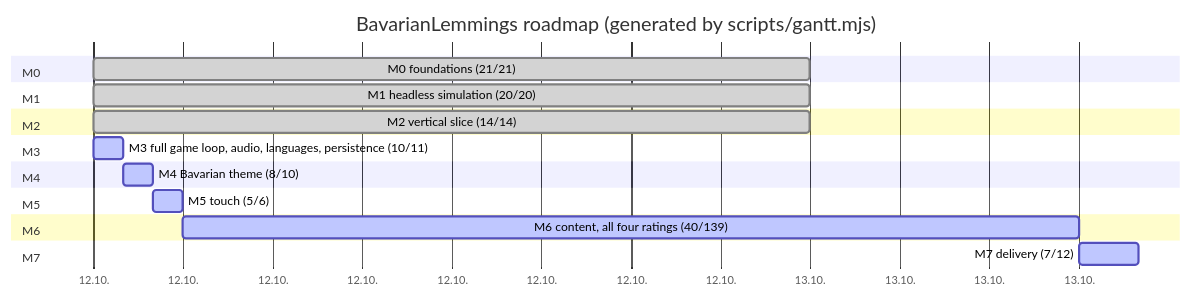
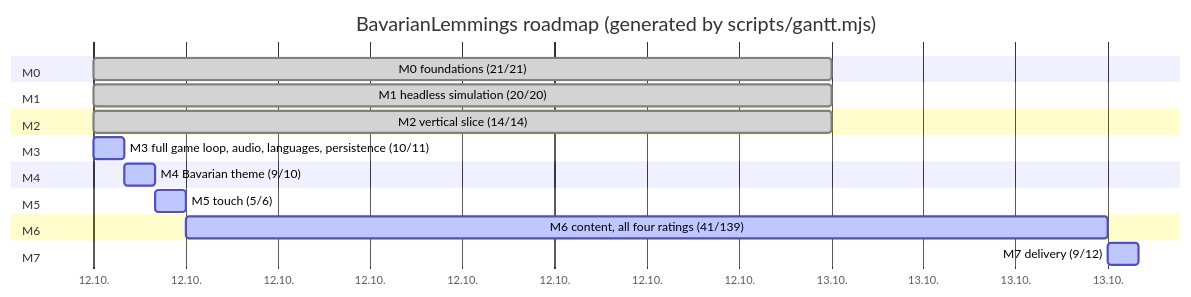
One commit to marcelpetrick/BavarianLemmings changed the diagram in plan.md. Above: the diagram before and after it, drawn with Mermaid. The commit also changed other lines of this file and 16 other files, not shown here.

````diff
--- a/plan.md
+++ b/plan.md
@@ -43,22 +43,22 @@
 ```mermaid
 gantt
     title BavarianLemmings roadmap (generated by scripts/gantt.mjs)
     dateFormat  YYYY-MM-DD
     axisFormat  %d.%m.
     section M0
     M0 foundations (21/21) :done, m0, 2026-10-12, 1d
     section M1
     M1 headless simulation (20/20) :done, m1, 2026-10-12, 1d
     section M2
     M2 vertical slice (14/14) :done, m2, 2026-10-12, 1d
     section M3
     M3 full game loop, audio, languages, persistence (10/11) :active, m3, 2026-10-12, 1h
     section M4
-    M4 Bavarian theme (8/10) :active, m4, after m3, 1h
+    M4 Bavarian theme (9/10) :active, m4, after m3, 1h
     section M5
     M5 touch (5/6) :active, m5, after m4, 1h
     section M6
-    M6 content, all four ratings (40/139) :active, m6, after m5, 30h
+    M6 content, all four ratings (41/139) :active, m6, after m5, 30h
     section M7
-    M7 delivery (7/12) :active, m7, after m6, 2h
+    M7 delivery (9/12) :active, m7, after m6, 1h
 ```
````
